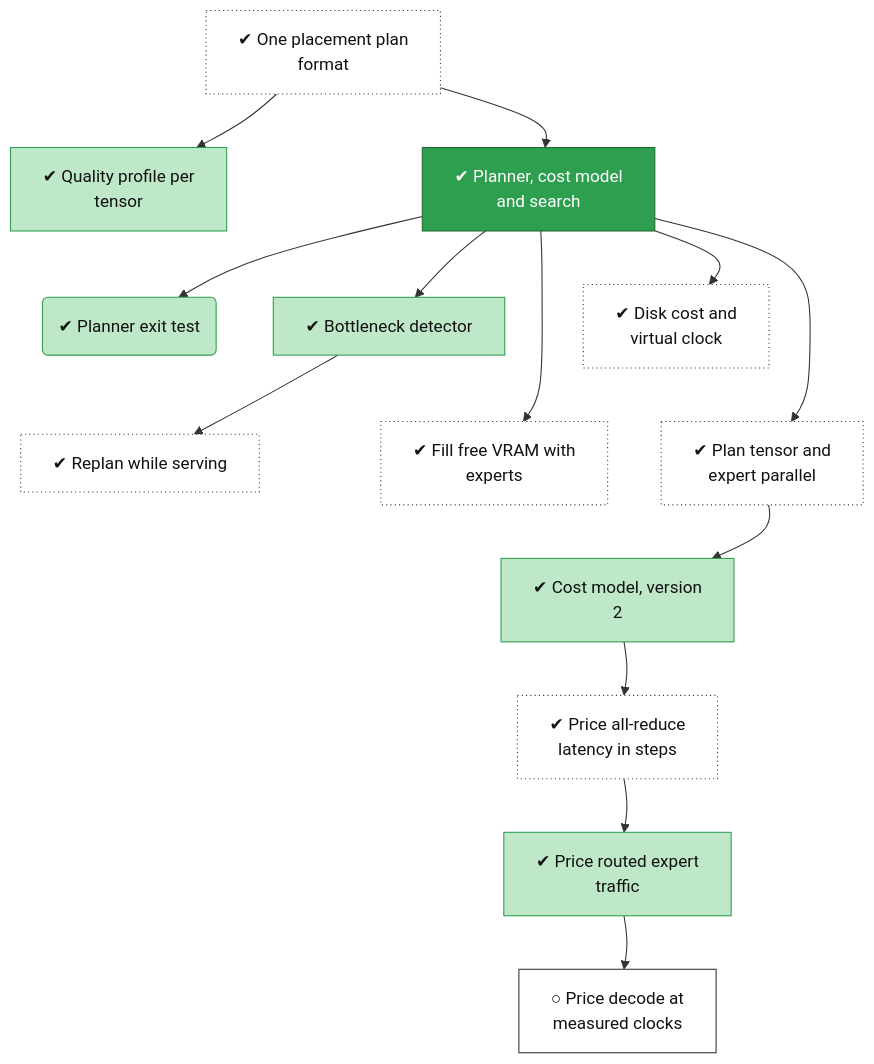
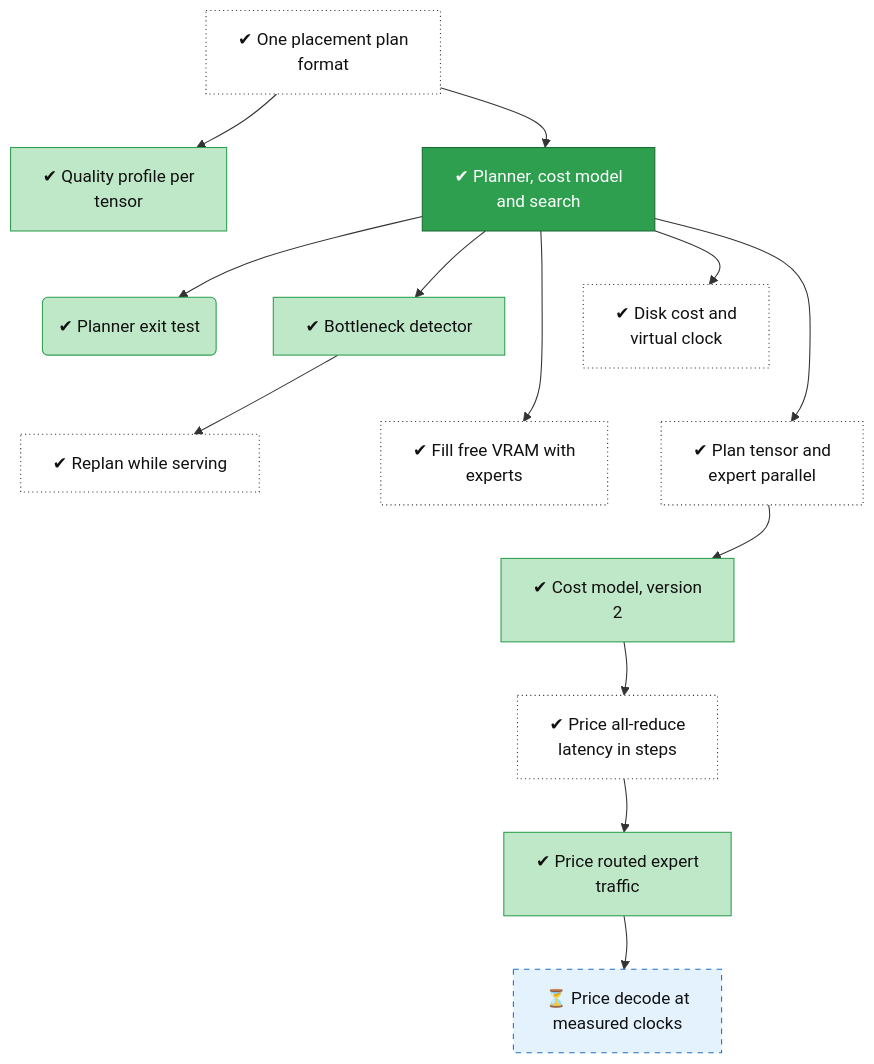
One commit to lhns/tetraeder changed the diagram in docs/roadmap/tracks/planner.md. Above: the diagram before and after it, drawn with Mermaid. The commit also changed other lines of this file and 2 other files, not shown here.

Commit message:
Tech tree: planner-cost-model-v5 in progress, built and waiting on the box check

````diff
--- a/docs/roadmap/tracks/planner.md
+++ b/docs/roadmap/tracks/planner.md
@@ -10,60 +10,60 @@
 ```mermaid
 flowchart TB
     planner_plan_ir["✔ One placement plan<br/>format"]
     planner_quality["✔ Quality profile per<br/>tensor"]
     planner_core["✔ Planner, cost model<br/>and search"]
     planner_exit("✔ Planner exit test")
     planner_detector["✔ Bottleneck detector"]
     planner_tier_cost["✔ Disk cost and<br/>virtual clock"]
     planner_replan["✔ Replan while serving"]
     planner_fill_tier["✔ Fill free VRAM with<br/>experts"]
     planner_parallel_shapes["✔ Plan tensor and<br/>expert parallel"]
     planner_cost_v2["✔ Cost model, version<br/>2"]
     planner_cost_v3["✔ Price all-reduce<br/>latency in steps"]
     planner_cost_v4["✔ Price routed expert<br/>traffic"]
-    planner_cost_model_v5["○ Price decode at<br/>measured clocks"]
+    planner_cost_model_v5["⏳ Price decode at<br/>measured clocks"]
     planner_plan_ir ~~~ planner_quality
     planner_plan_ir ~~~ planner_core
     planner_quality ~~~ planner_exit
     planner_core ~~~ planner_detector
     planner_core ~~~ planner_tier_cost
     planner_exit ~~~ planner_replan
     planner_detector ~~~ planner_fill_tier
     planner_tier_cost ~~~ planner_parallel_shapes
     planner_replan ~~~ planner_cost_v2
     planner_fill_tier ~~~ planner_cost_v2
     planner_parallel_shapes ~~~ planner_cost_v2
     planner_cost_v2 ~~~ planner_cost_v3
     planner_cost_v3 ~~~ planner_cost_v4
     planner_cost_v4 ~~~ planner_cost_model_v5
     planner_plan_ir --> planner_quality
     planner_plan_ir --> planner_core
     planner_core --> planner_exit
     planner_core --> planner_detector
     planner_core --> planner_tier_cost
     planner_detector --> planner_replan
     planner_core --> planner_fill_tier
     planner_core --> planner_parallel_shapes
     planner_parallel_shapes --> planner_cost_v2
     planner_cost_v2 --> planner_cost_v3
     planner_cost_v3 --> planner_cost_v4
     planner_cost_v4 --> planner_cost_model_v5
     classDef vsucc fill:#2e9e4f,stroke:#1b6b34,color:#fff
     classDef succ fill:#bfe8c8,stroke:#2e9e4f,color:#111
     classDef mixed fill:#ffd37a,stroke:#c98a00,color:#111
     classDef bad fill:#f28b82,stroke:#b3261e,color:#111
     classDef dead fill:#e6e6e6,stroke:#777,stroke-dasharray:5 5,color:#555
     classDef inprog fill:#a8cdf5,stroke:#1f6fc5,color:#111
     classDef next fill:#fff,stroke:#333,color:#111
     classDef blocked fill:#fff,stroke:#b3261e,stroke-dasharray:2 2,color:#111
     classDef parked fill:#f3f3f3,stroke:#999,color:#555
     classDef unrated fill:#fff,stroke:#333,stroke-dasharray:1 3,color:#111
     classDef gate fill:#d9c2f0,stroke:#7b3fb5,color:#111
     classDef decided fill:#ece0f7,stroke:#7b3fb5,stroke-dasharray:2 2,color:#111
     classDef finding fill:#ffe0b2,stroke:#d84315,stroke-width:2px,color:#111
     classDef waiting fill:#e3f2fd,stroke:#1f6fc5,stroke-dasharray:5 5,color:#111
     class planner_plan_ir,planner_tier_cost,planner_replan,planner_fill_tier,planner_parallel_shapes,planner_cost_v3 unrated
     class planner_quality,planner_exit,planner_detector,planner_cost_v2,planner_cost_v4 succ
     class planner_core vsucc
-    class planner_cost_model_v5 next
+    class planner_cost_model_v5 waiting
 ```
````
